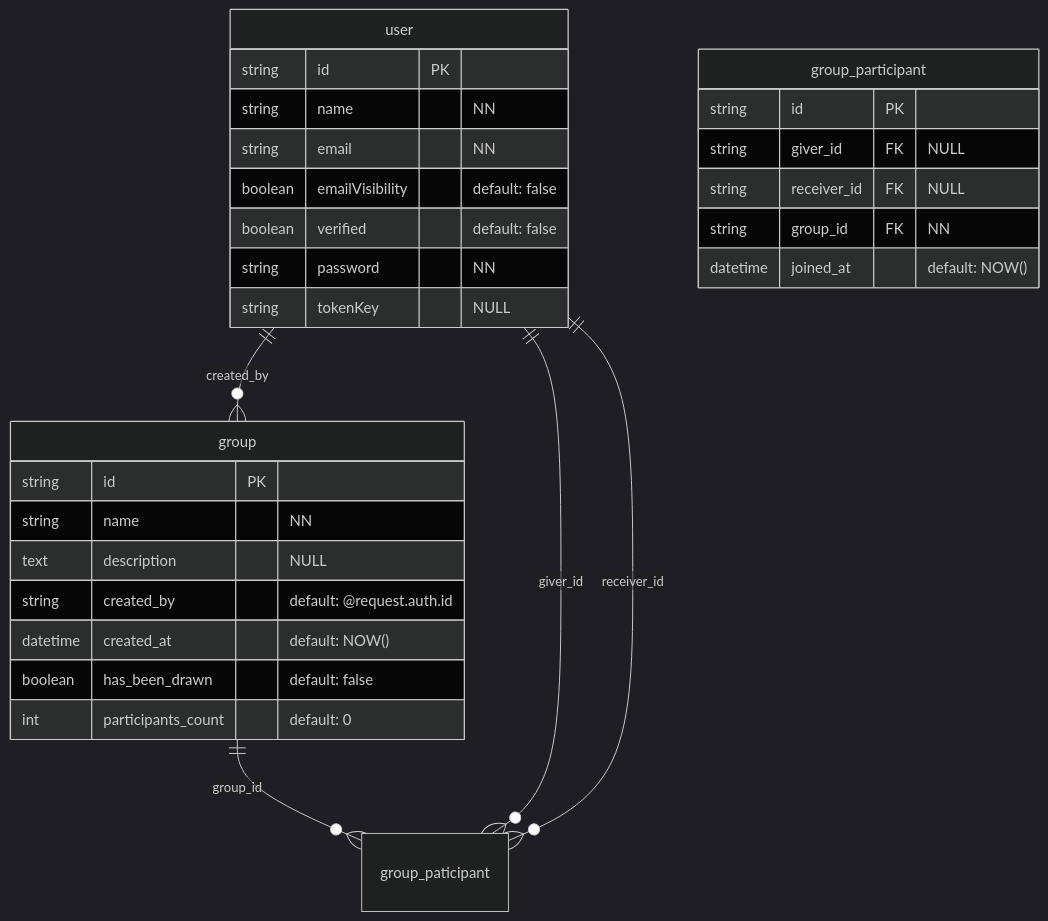
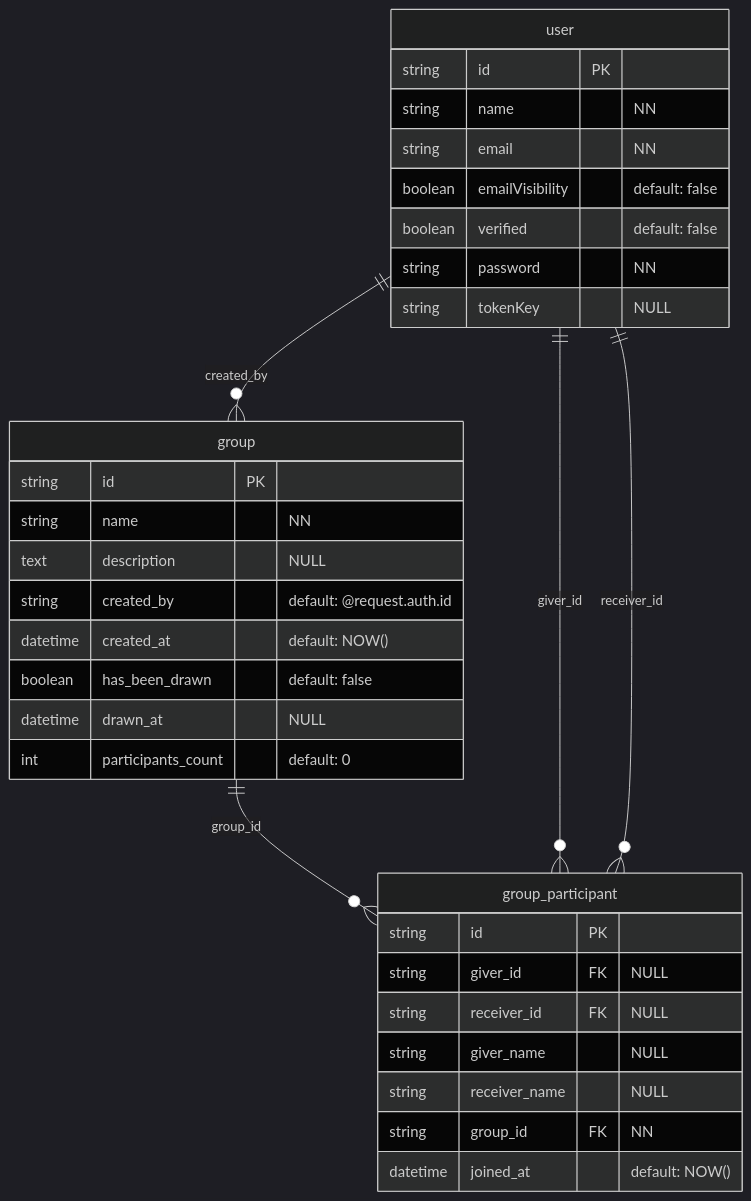
One commit to SamuelPatrickMeneses/com-quem-seraa changed the first of 2 diagrams in docs/sdd.md. Above: the diagram before and after it, drawn with Mermaid (dark theme). The commit also changed other lines of this file and 16 other files, not shown here.

````diff
--- a/docs/sdd.md
+++ b/docs/sdd.md
@@ -39,37 +39,40 @@
 ```mermaid
 erDiagram
     group {
         string id PK
         string name "NN"
         text description "NULL"
         string created_by "default: @request.auth.id"
         datetime created_at "default: NOW()"
         boolean has_been_drawn "default: false"
+        datetime drawn_at "NULL"
         int participants_count "default: 0"
     }
     
     user {
         string id PK
         string name "NN"
         string email "NN"
         boolean emailVisibility "default: false"
         boolean verified "default: false"
         string password "NN"
         string tokenKey "NULL"
     }
     
     
     group_participant {
         string id PK
         string giver_id FK "NULL"
         string receiver_id FK "NULL"
+        string giver_name "NULL"
+        string receiver_name "NULL"
         string group_id FK "NN"
         datetime joined_at "default: NOW()"
     }
     
 
     user ||--o{ group : created_by
-    group ||--o{ group_paticipant : group_id
-    user ||--o{ group_paticipant : giver_id
-    user ||--o{ group_paticipant : receiver_id
+    group ||--o{ group_participant : group_id
+    user ||--o{ group_participant : giver_id
+    user ||--o{ group_participant : receiver_id
 ```
````
